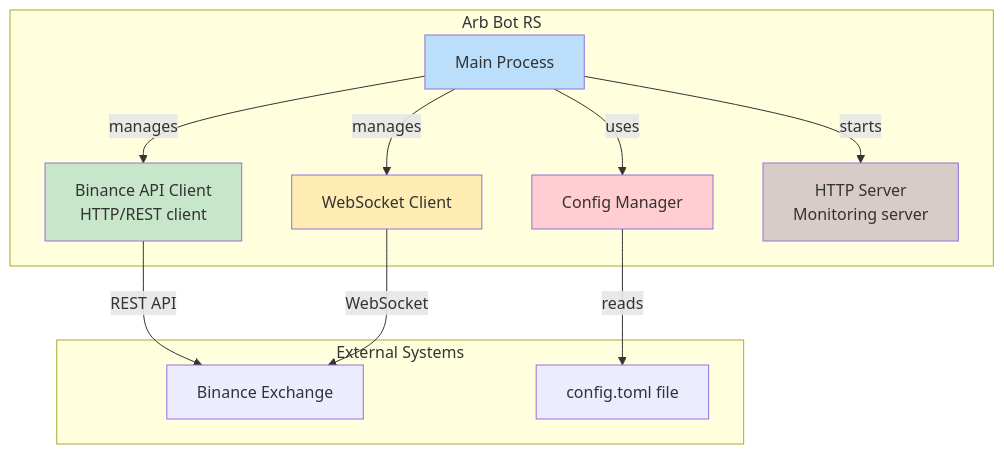
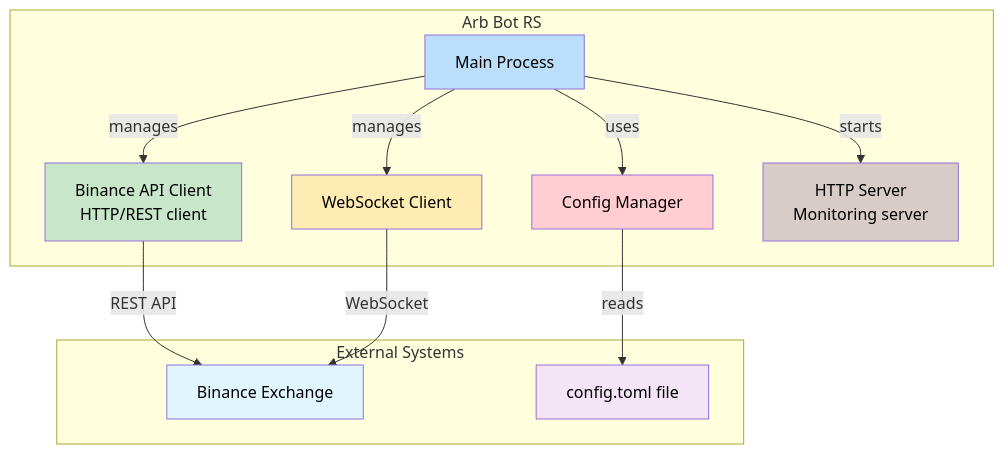
Before and after one commit to mkbeh/arb-bot-rs: the second of 6 diagrams in README.md, drawn with Mermaid.

````diff
--- a/README.md
+++ b/README.md
@@ -52,28 +52,32 @@
 ```mermaid
 flowchart TB
     subgraph ArbBotRS[Arb Bot RS]
         MainProcess[Main Process]
         BinanceAPIClient[Binance API Client<br/>HTTP/REST client]
         WSClient[WebSocket Client]
         ConfigManager[Config Manager]
         HTTPServer[HTTP Server<br/>Monitoring server]
+
         MainProcess -->|manages| BinanceAPIClient
         MainProcess -->|manages| WSClient
         MainProcess -->|uses| ConfigManager
         MainProcess -->|starts| HTTPServer
     end
 
     subgraph ExternalSystems[External Systems]
         Binance[Binance Exchange]
         ConfigFile[config.toml file]
     end
 
     BinanceAPIClient -->|REST API| Binance
     WSClient -->|WebSocket| Binance
     ConfigManager -->|reads| ConfigFile
-    style MainProcess fill: #bbdefb
-    style BinanceAPIClient fill: #c8e6c9
-    style WSClient fill: #ffecb3
-    style ConfigManager fill: #ffcdd2
-    style HTTPServer fill: #d7ccc8
+
+    style MainProcess fill:#bbdefb,color:#000000
+    style BinanceAPIClient fill:#c8e6c9,color:#000000
+    style WSClient fill:#ffecb3,color:#000000
+    style ConfigManager fill:#ffcdd2,color:#000000
+    style HTTPServer fill:#d7ccc8,color:#000000
+    style Binance fill:#e1f5fe,color:#000000
+    style ConfigFile fill:#f3e5f5,color:#000000
 ```
````
